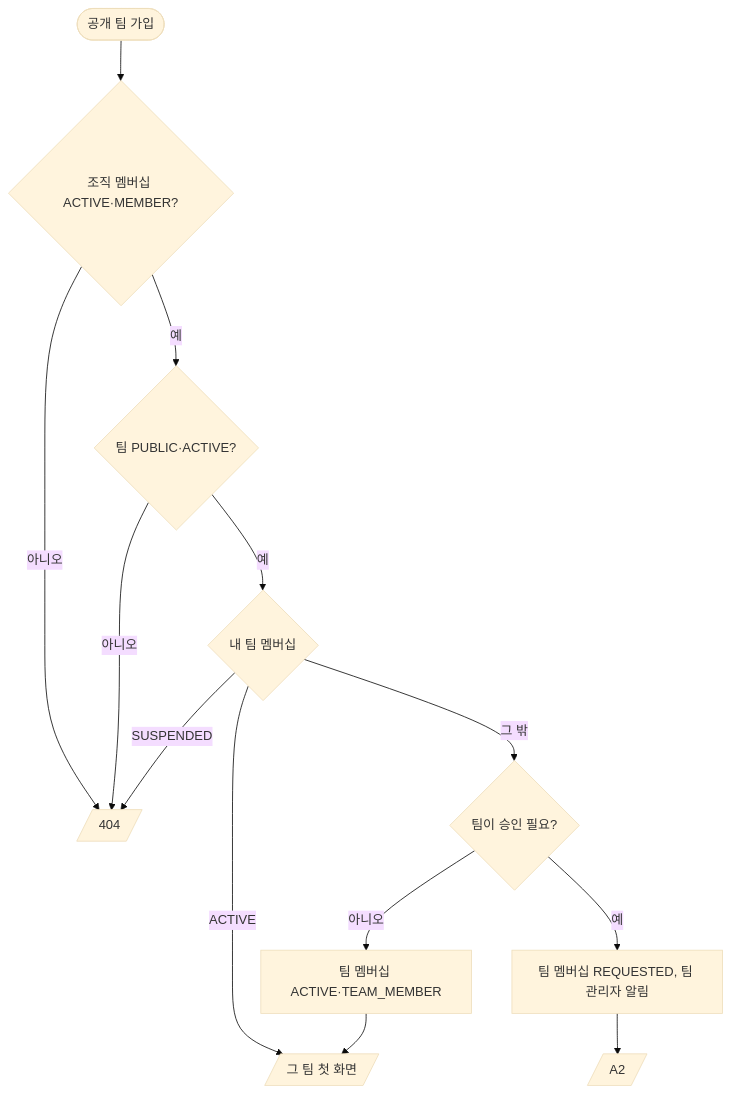
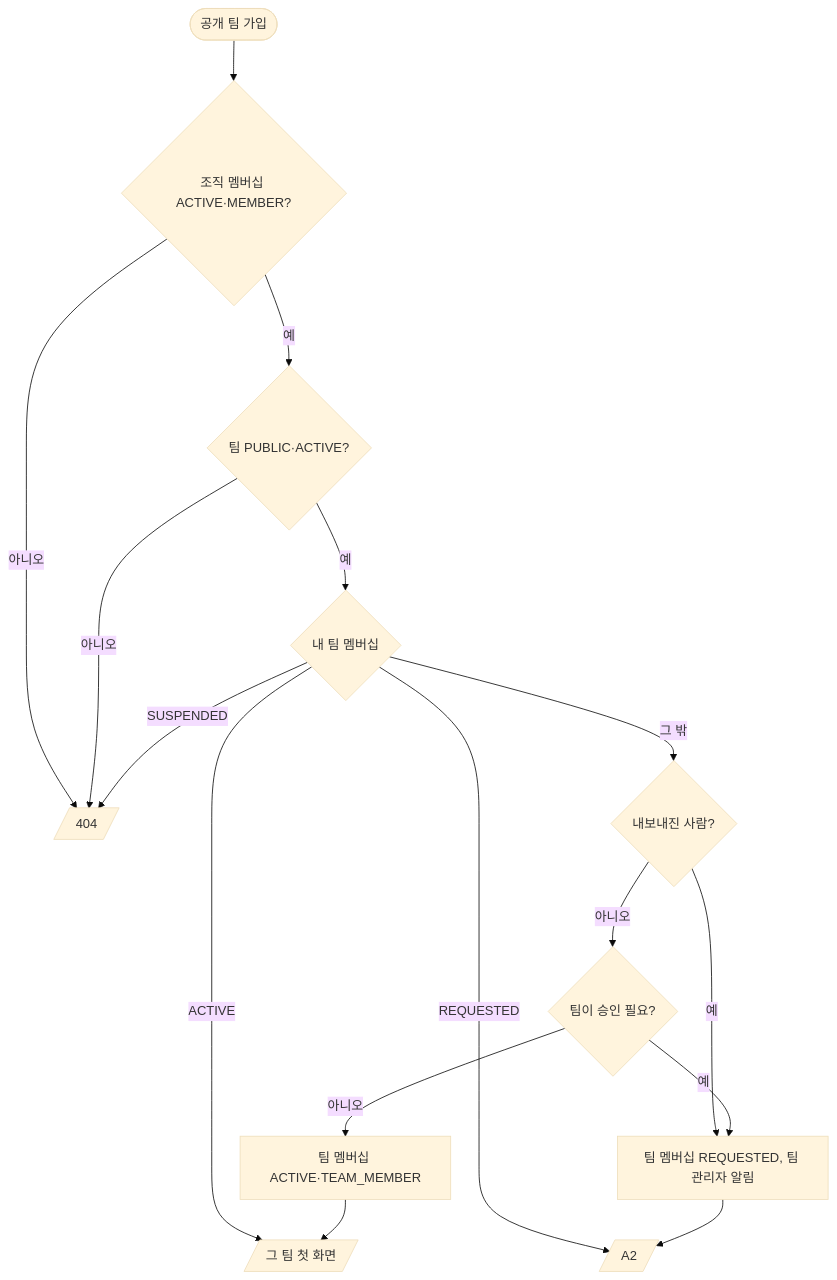
Diagram 12 of 16 in docs/architecture/tenancy.md (poseybutter/reberu), drawn with Mermaid (base theme) before and after one commit. The commit also changed other lines of this file and 34 other files, not shown here.

````diff
--- a/docs/architecture/tenancy.md
+++ b/docs/architecture/tenancy.md
@@ -513,13 +514,16 @@
 ```mermaid
 flowchart TD
     S([공개 팀 가입]) --> M{조직 멤버십 ACTIVE·MEMBER?}
     M -- 아니오 --> N[/404/]
     M -- 예 --> T{팀 PUBLIC·ACTIVE?}
     T -- 아니오 --> N
     T -- 예 --> E{내 팀 멤버십}
     E -- ACTIVE --> GO[/그 팀 첫 화면/]
     E -- SUSPENDED --> N
-    E -- 그 밖 --> AP{팀이 승인 필요?}
-    AP -- 예 --> R[팀 멤버십 REQUESTED, 팀 관리자 알림] --> A2[/A2/]
+    E -- REQUESTED --> A2[/A2/]
+    E -- 그 밖 --> RM{내보내진 사람?}
+    RM -- 예 --> R[팀 멤버십 REQUESTED, 팀 관리자 알림] --> A2
+    RM -- 아니오 --> AP{팀이 승인 필요?}
+    AP -- 예 --> R
     AP -- 아니오 --> A[팀 멤버십 ACTIVE·TEAM_MEMBER] --> GO
 ```
````
